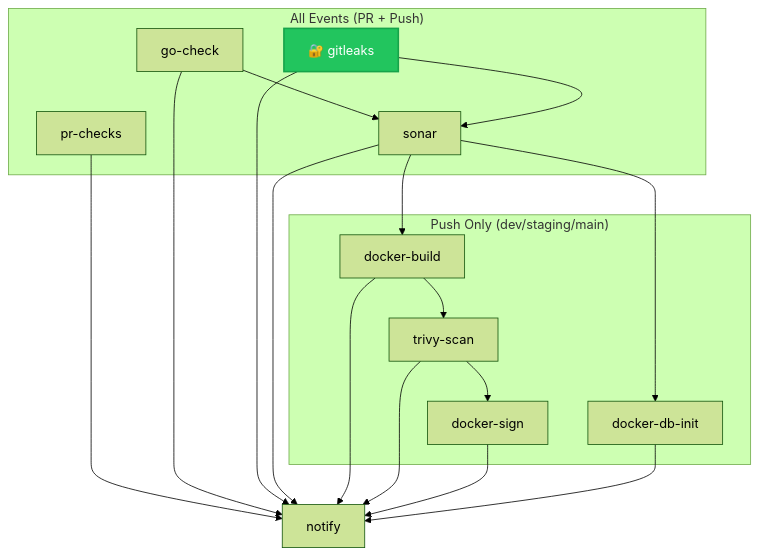
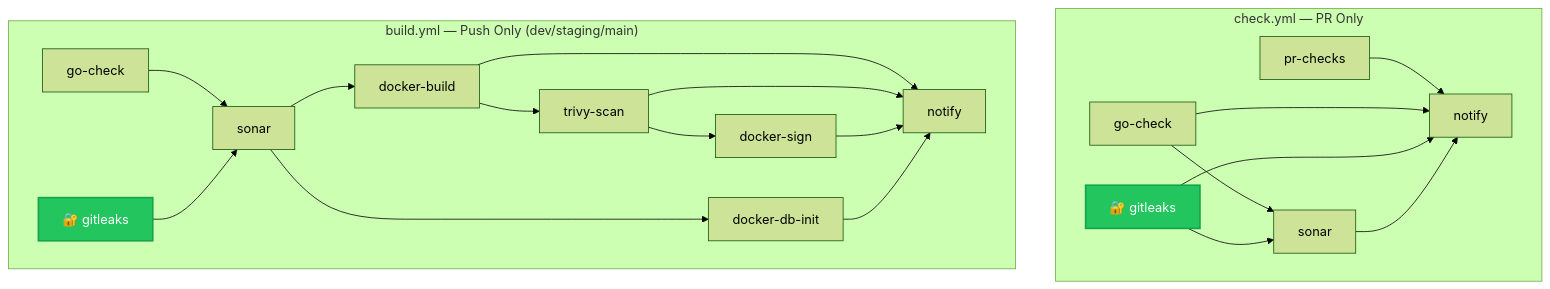
The first of 10 diagrams in docs/platform/cicd.md (duynhlab/homelab), drawn with Mermaid (forest theme) before and after one commit. The commit also changed other lines of this file and 4 other files, not shown here.

````diff
--- a/docs/platform/cicd.md
+++ b/docs/platform/cicd.md
@@ -40,36 +46,42 @@
 ```mermaid
 flowchart TD
-    subgraph pr_push["All Events (PR + Push)"]
+    subgraph check_wf["check.yml — PR Only"]
         PR[pr-checks]
         GOCHECK[go-check]
         GITLEAKS["🔐 gitleaks"]
         SONAR[sonar]
+        NOTIFY_PR[notify]
     end
 
-    subgraph build_only["Push Only (dev/staging/main)"]
+    subgraph build_wf["build.yml — Push Only (dev/staging/main)"]
+        GOCHECK2[go-check]
+        GITLEAKS2["🔐 gitleaks"]
+        SONAR2[sonar]
         BUILD[docker-build]
         TRIVY[trivy-scan]
         SIGN[docker-sign]
         DBINIT[docker-db-init]
+        NOTIFY_BUILD[notify]
     end
-
-    NOTIFY[notify]
 
     GOCHECK --> SONAR
     GITLEAKS --> SONAR
-    SONAR --> BUILD
-    SONAR --> DBINIT
+    PR --> NOTIFY_PR
+    GOCHECK --> NOTIFY_PR
+    GITLEAKS --> NOTIFY_PR
+    SONAR --> NOTIFY_PR
+
+    GOCHECK2 --> SONAR2
+    GITLEAKS2 --> SONAR2
+    SONAR2 --> BUILD
+    SONAR2 --> DBINIT
     BUILD --> TRIVY
     TRIVY --> SIGN
-
-    PR --> NOTIFY
-    GOCHECK --> NOTIFY
-    GITLEAKS --> NOTIFY
-    SONAR --> NOTIFY
-    BUILD --> NOTIFY
-    TRIVY --> NOTIFY
-    SIGN --> NOTIFY
-    DBINIT --> NOTIFY
+    BUILD --> NOTIFY_BUILD
+    TRIVY --> NOTIFY_BUILD
+    SIGN --> NOTIFY_BUILD
+    DBINIT --> NOTIFY_BUILD
 
     style GITLEAKS fill:#22c55e,color:#fff,stroke:#16a34a,stroke-width:2px
+    style GITLEAKS2 fill:#22c55e,color:#fff,stroke:#16a34a,stroke-width:2px
 ```
````
